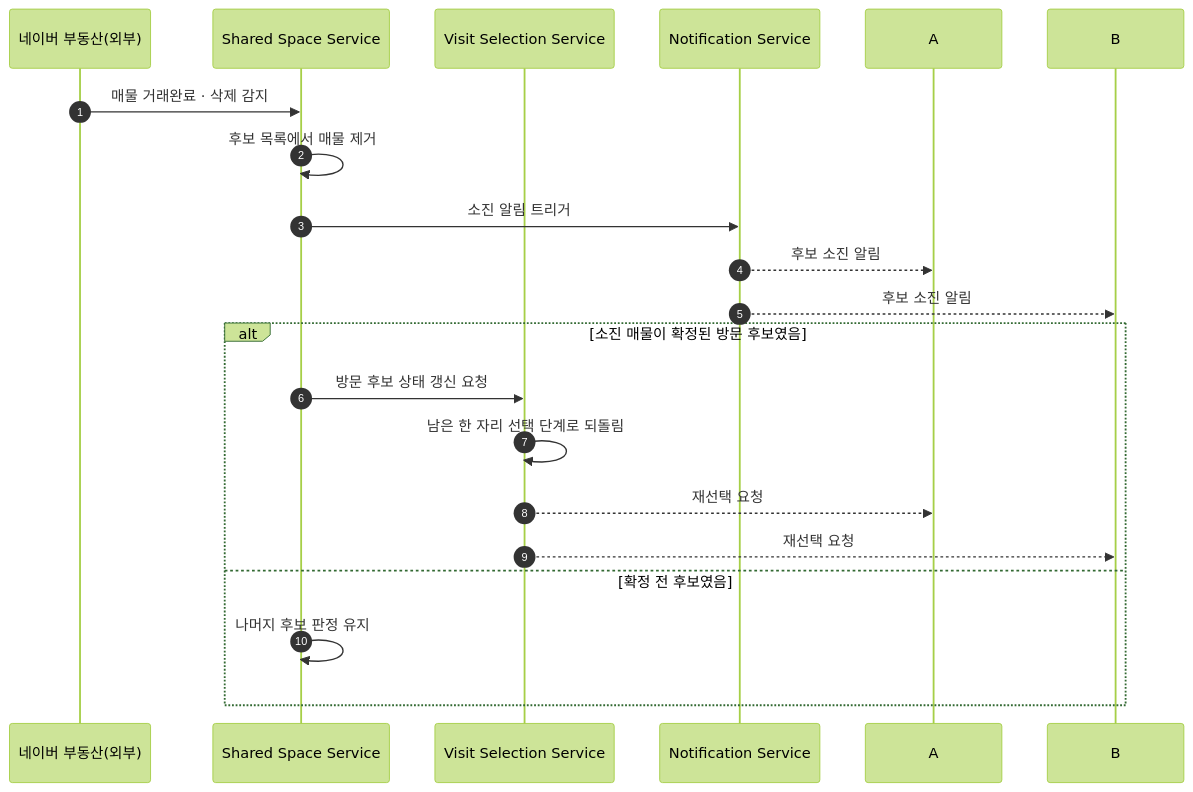
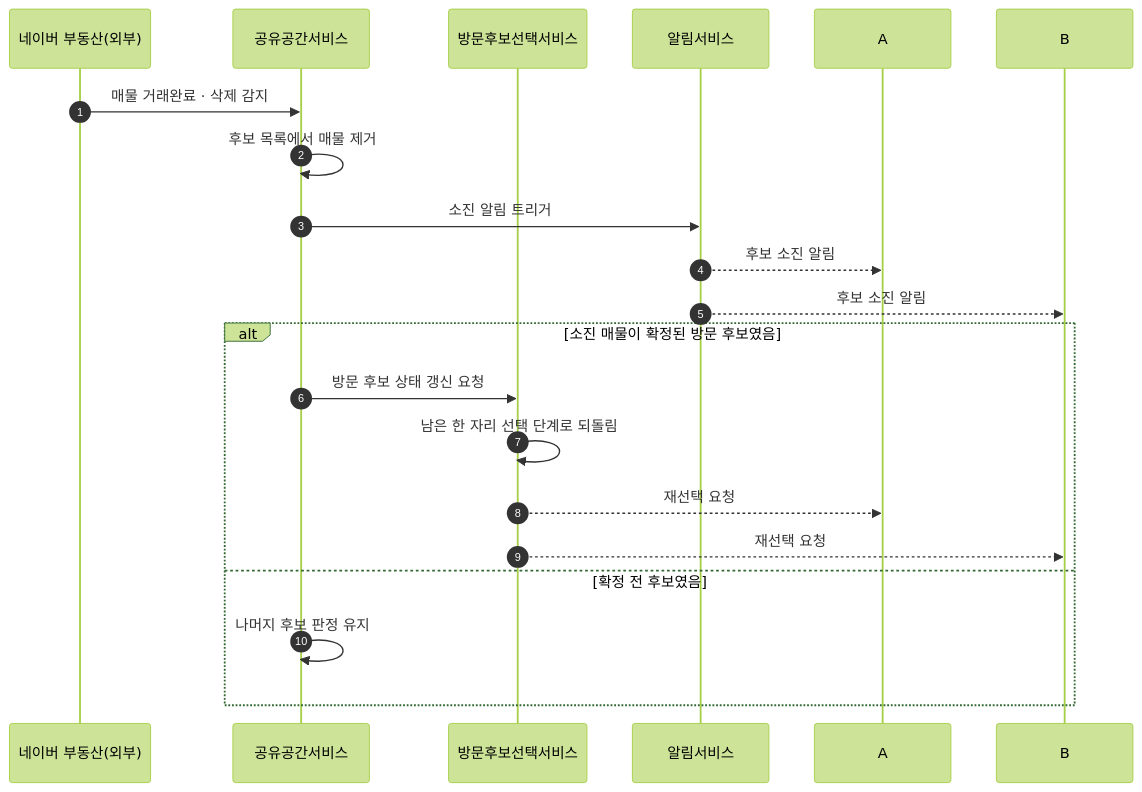
One commit to soobworks/SRS_project changed diagram 16 of 23 in SRS_project/같이보기-technical-design-v1_0.md. Above: the diagram before and after it, drawn with Mermaid (forest theme). The commit also changed other lines of this file, not shown here.

First line of the commit message:
Translate class/sequence diagram identifiers in TDD §4-5 to Korean

````diff
--- a/SRS_project/같이보기-technical-design-v1_0.md
+++ b/SRS_project/같이보기-technical-design-v1_0.md
@@ -725,24 +725,24 @@
 ```mermaid
 sequenceDiagram
     autonumber
     participant NV as 네이버 부동산(외부)
-    participant SSS as Shared Space Service
-    participant VSS as Visit Selection Service
-    participant Notif as Notification Service
+    participant SSS as 공유공간서비스
+    participant VSS as 방문후보선택서비스
+    participant Notif as 알림서비스
     participant A as A
     participant B as B
 
     NV->>SSS: 매물 거래완료 · 삭제 감지
     SSS->>SSS: 후보 목록에서 매물 제거
     SSS->>Notif: 소진 알림 트리거
     Notif-->>A: 후보 소진 알림
     Notif-->>B: 후보 소진 알림
     alt 소진 매물이 확정된 방문 후보였음
         SSS->>VSS: 방문 후보 상태 갱신 요청
         VSS->>VSS: 남은 한 자리 선택 단계로 되돌림
         VSS-->>A: 재선택 요청
         VSS-->>B: 재선택 요청
     else 확정 전 후보였음
         SSS->>SSS: 나머지 후보 판정 유지
     end
 ```
````
